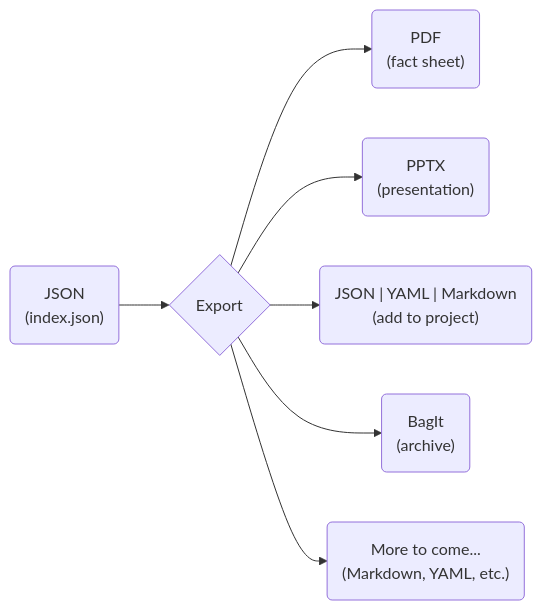
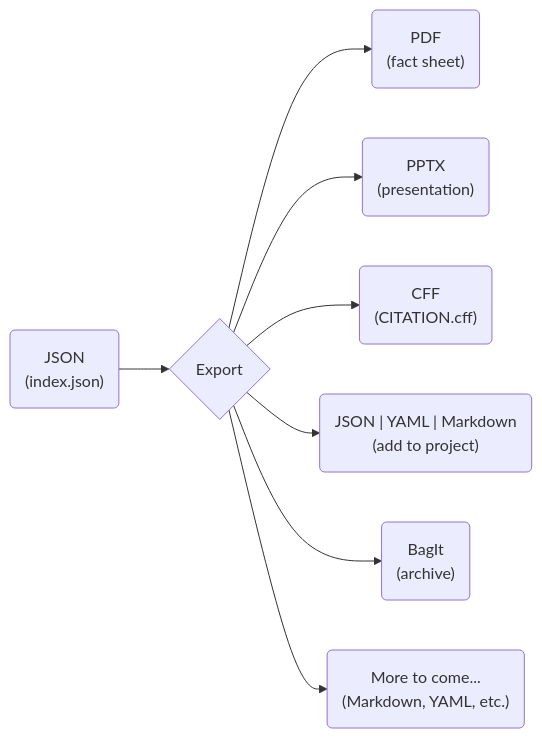
The diagram in docs/src/cli-reference/commands/export.md (jhwohlgemuth/acorn), drawn with Mermaid before and after one commit. The commit also changed other lines of this file and 1 other file, not shown here.

Commit message:
docs: Improve docs for CITATION.CFF support

````diff
--- a/docs/src/cli-reference/commands/export.md
+++ b/docs/src/cli-reference/commands/export.md
@@ -10,9 +10,10 @@
 ```mermaid
 graph LR
     data("JSON</br>(index.json)") --> export{Export}
     export --> PDF("PDF</br>(fact sheet)")
     export --> PPTX("PPTX</br>(presentation)")
+    export --> CFF("CFF</br>(CITATION.cff)")
     export --> Convert("JSON | YAML | Markdown</br>(add to project)")
     export --> BAG("BagIt</br>(archive)")
     export --> more("More to come...</br>(Markdown, YAML, etc.)")
 ```
````
